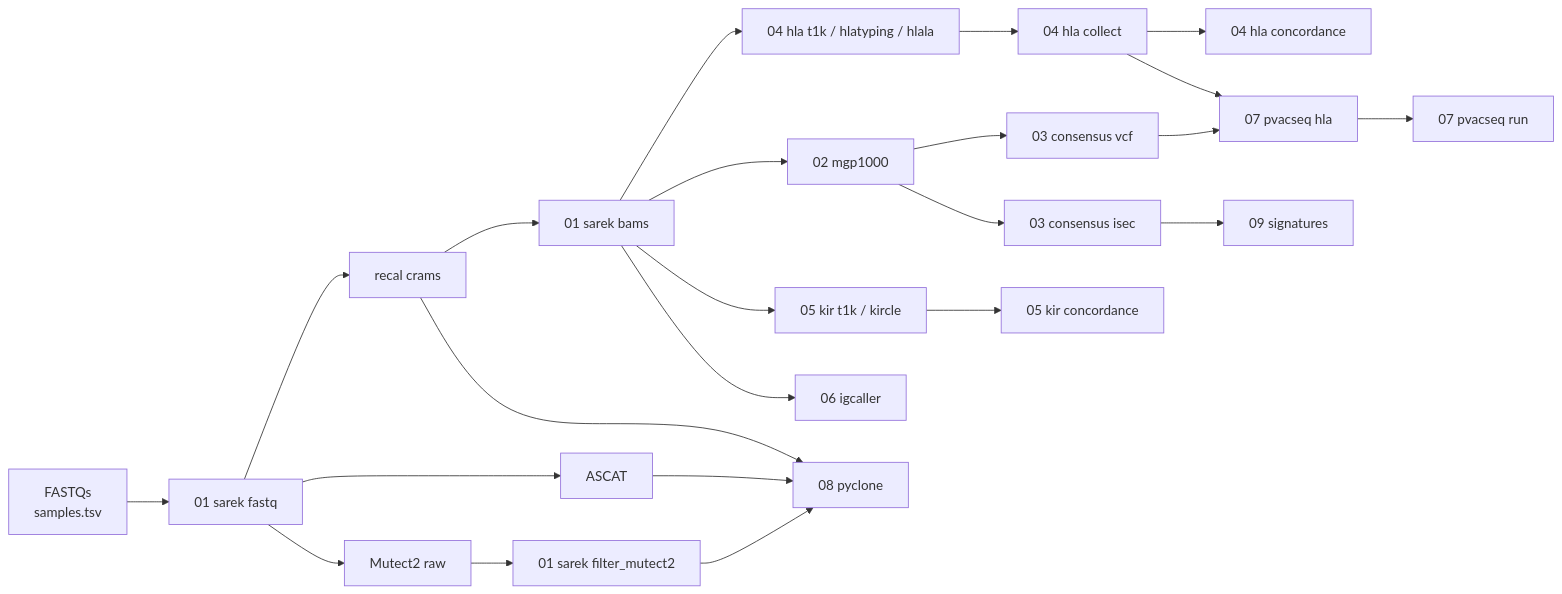
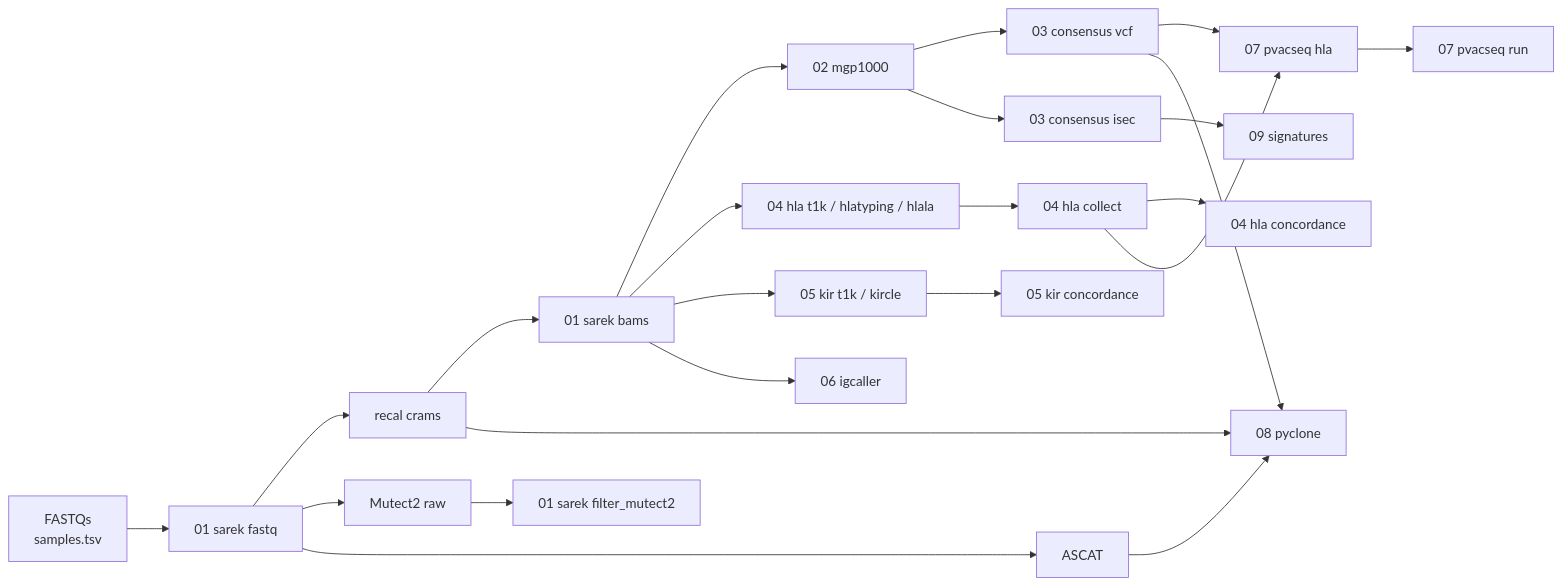
Before and after one commit to amootta/MyelomaLab_WES_Pipeline: the diagram in docs/STAGES.md, drawn with Mermaid. The commit also changed other lines of this file and 7 other files, not shown here.

````diff
--- a/docs/STAGES.md
+++ b/docs/STAGES.md
@@ -8,25 +8,25 @@
 ```mermaid
 flowchart LR
   fq[FASTQs<br/>samples.tsv] --> s1[01 sarek fastq]
   s1 --> cram[recal crams]
   s1 --> m2raw[Mutect2 raw]
   s1 --> ascat[ASCAT]
   cram --> bams[01 sarek bams]
   m2raw --> m2f[01 sarek filter_mutect2]
   bams --> mgp[02 mgp1000]
   mgp --> cvcf[03 consensus vcf]
   mgp --> isec[03 consensus isec]
   bams --> hla[04 hla t1k / hlatyping / hlala]
   hla --> hcol[04 hla collect]
   hcol --> hconc[04 hla concordance]
   bams --> kir[05 kir t1k / kircle]
   kir --> kconc[05 kir concordance]
   bams --> ig[06 igcaller]
   cvcf --> phla[07 pvacseq hla]
   hcol --> phla
   phla --> prun[07 pvacseq run]
-  m2f --> py[08 pyclone]
+  cvcf --> py[08 pyclone]
   ascat --> py
   cram --> py
   isec --> sig[09 signatures]
 ```
````
